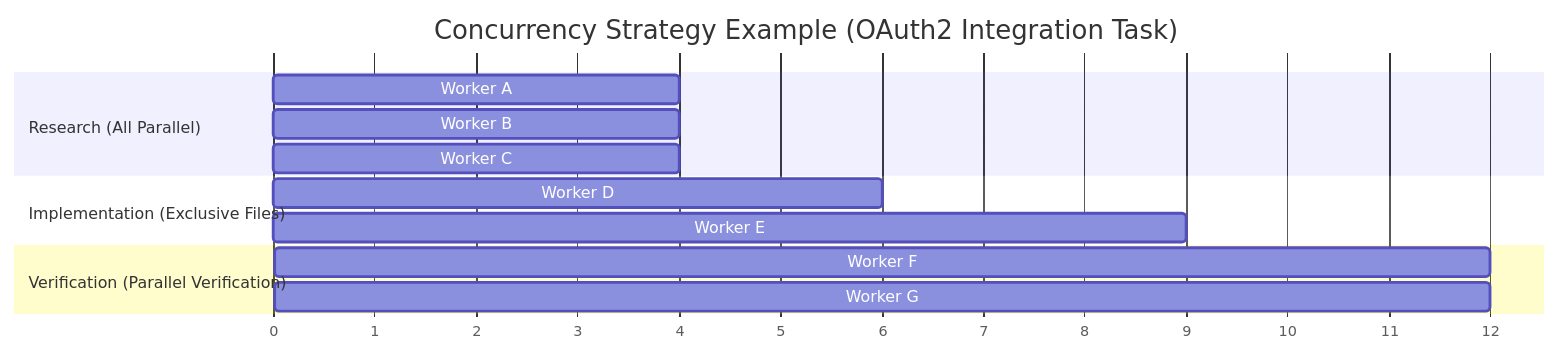
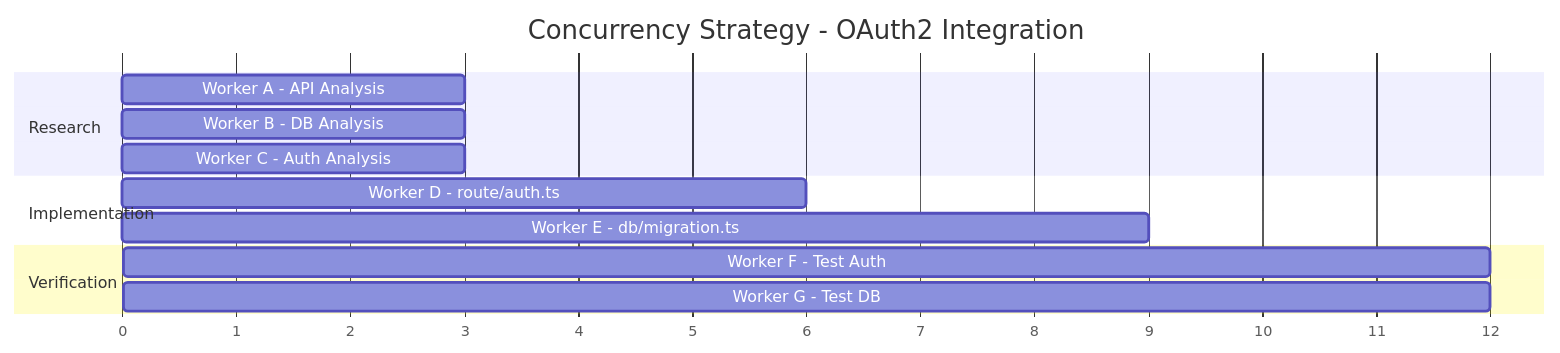
Before and after one commit to farseer285/claude-code-book: the ninth of 11 diagrams in en/Part-3-Advanced-Patterns/10-The-Coordinator-Pattern-Multi-Agent-Orchestration.md, drawn with Mermaid. The commit also changed 1 other file, not shown here.

Commit message:
fix: 修复第10章 Mermaid 甘特图渲染问题
去掉不通用的 leftPadding 配置，用短横线代替冒号和括号避免语法冲突，
修正时间线重叠。中英文同步更新。

````diff
--- a/en/Part-3-Advanced-Patterns/10-The-Coordinator-Pattern-Multi-Agent-Orchestration.md
+++ b/en/Part-3-Advanced-Patterns/10-The-Coordinator-Pattern-Multi-Agent-Orchestration.md
@@ -398,24 +398,19 @@
 ```mermaid
----
-config:
-  gantt:
-    leftPadding: 180
----
 gantt
-    title Concurrency Strategy Example (OAuth2 Integration Task)
+    title Concurrency Strategy - OAuth2 Integration
     dateFormat X
     axisFormat %s
 
-    section Research (All Parallel)
-    Worker A: API Analysis     :a1, 0, 4
-    Worker B: Database Analysis :a2, 0, 4
-    Worker C: Auth Analysis    :a3, 0, 4
+    section Research
+    Worker A - API Analysis     :a1, 0, 3
+    Worker B - DB Analysis      :a2, 0, 3
+    Worker C - Auth Analysis    :a3, 0, 3
 
-    section Implementation (Exclusive Files)
-    Worker D: route/auth.ts :b1, 3, 6
-    Worker E: db/migration.ts :b2, 6, 9
+    section Implementation
+    Worker D - route/auth.ts    :b1, 3, 6
+    Worker E - db/migration.ts  :b2, 6, 9
 
-    section Verification (Parallel Verification)
-    Worker F: Test auth     :c1, 9, 12
-    Worker G: Test DB       :c2, 9, 12
+    section Verification
+    Worker F - Test Auth        :c1, 9, 12
+    Worker G - Test DB          :c2, 9, 12
 ```
````
